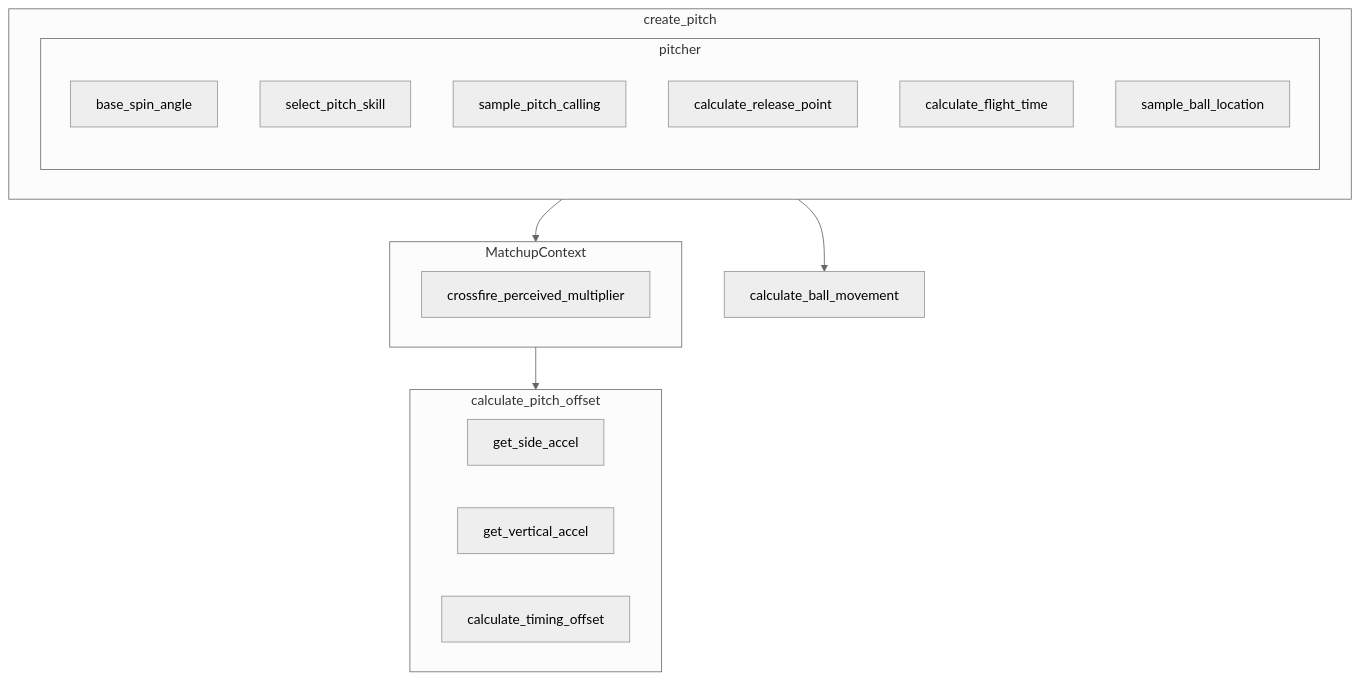
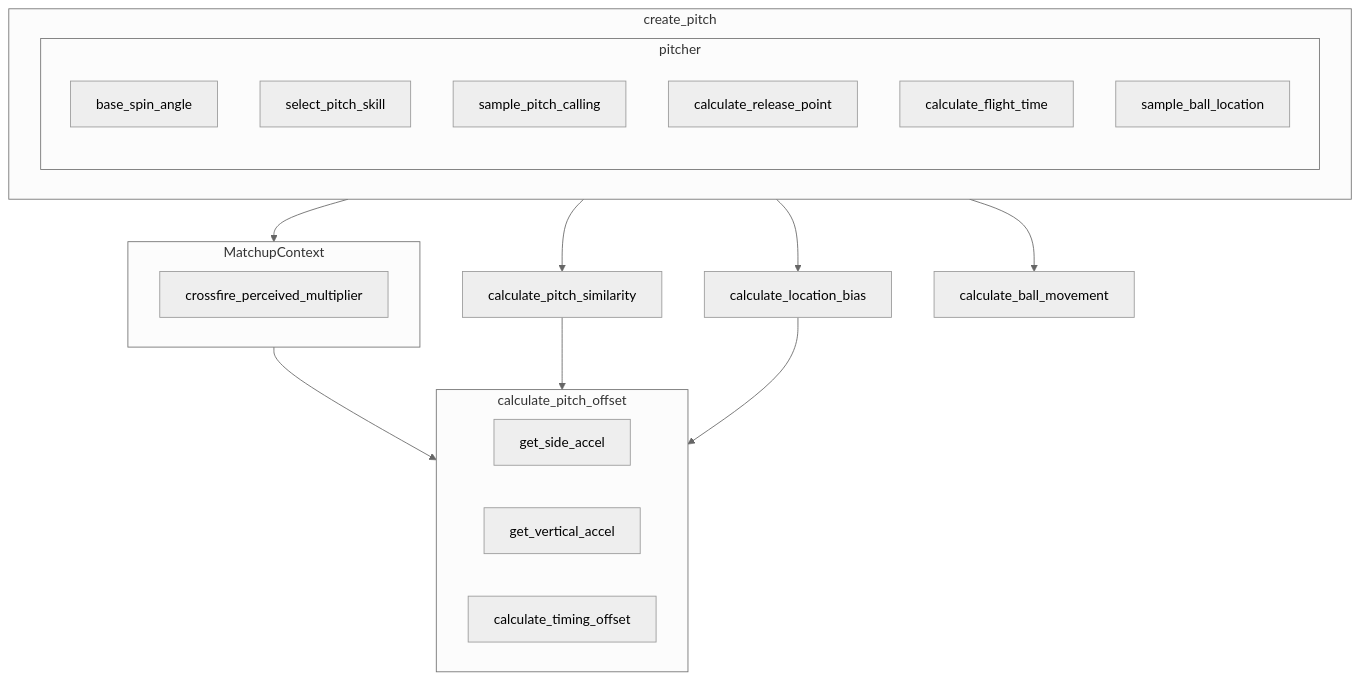
One commit to torafugu/saberbb changed the diagram in docs/mmd/pitching_diagram.mmd. Above: the diagram before and after it, drawn with Mermaid (neutral theme). The commit also changed 7 other files, not shown here.

Commit message:
calculate_location_bias was added.

```diff
--- a/docs/mmd/pitching_diagram.mmd
+++ b/docs/mmd/pitching_diagram.mmd
@@ -1,27 +1,29 @@
 flowchart TD
     subgraph pitcher
         base_spin_angle
         select_pitch_skill
         sample_pitch_calling
         calculate_release_point
         calculate_flight_time
         sample_ball_location
     end
 
     subgraph create_pitch
         pitcher
         calculate_flight_time
     end
 
     subgraph MatchupContext
         crossfire_perceived_multiplier
     end
     
+    create_pitch --> MatchupContext --> calculate_pitch_offset
+    create_pitch --> calculate_pitch_similarity --> calculate_pitch_offset
+    create_pitch --> calculate_location_bias --> calculate_pitch_offset
     create_pitch --> calculate_ball_movement
-    create_pitch --> MatchupContext --> calculate_pitch_offset
 
     subgraph calculate_pitch_offset
         get_side_accel
         get_vertical_accel
         calculate_timing_offset
     end
```
